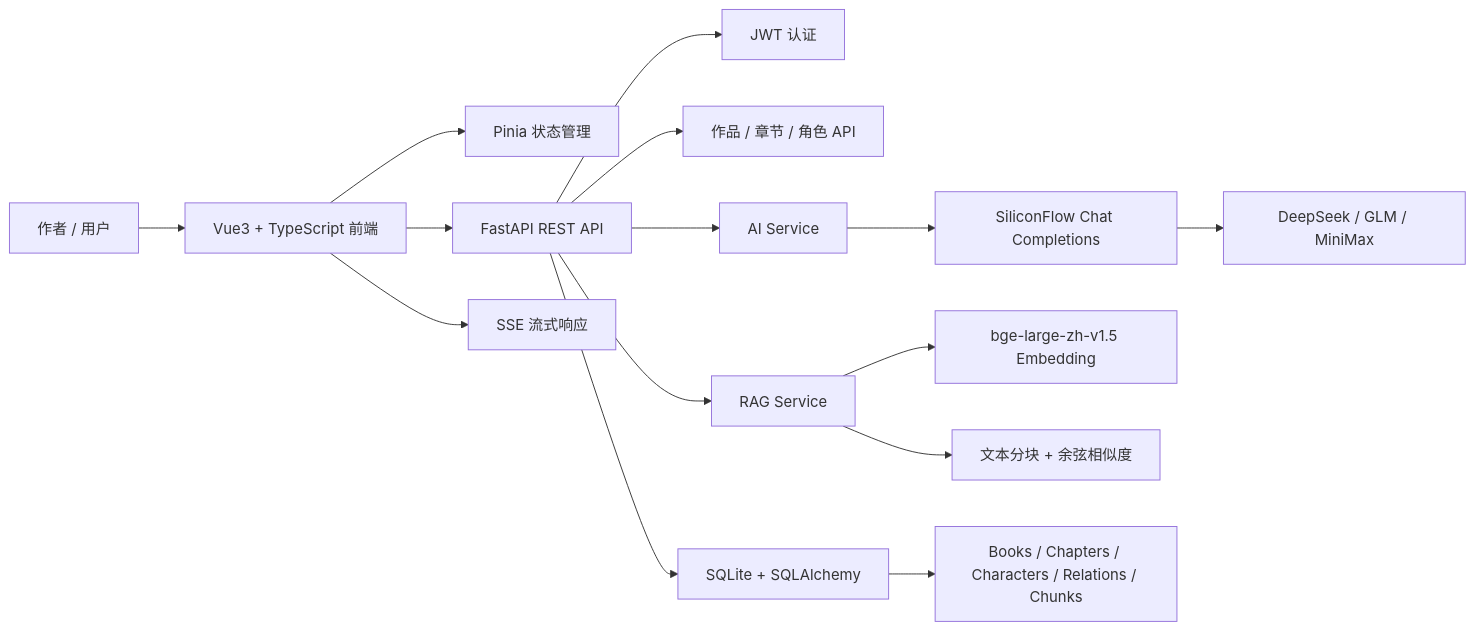
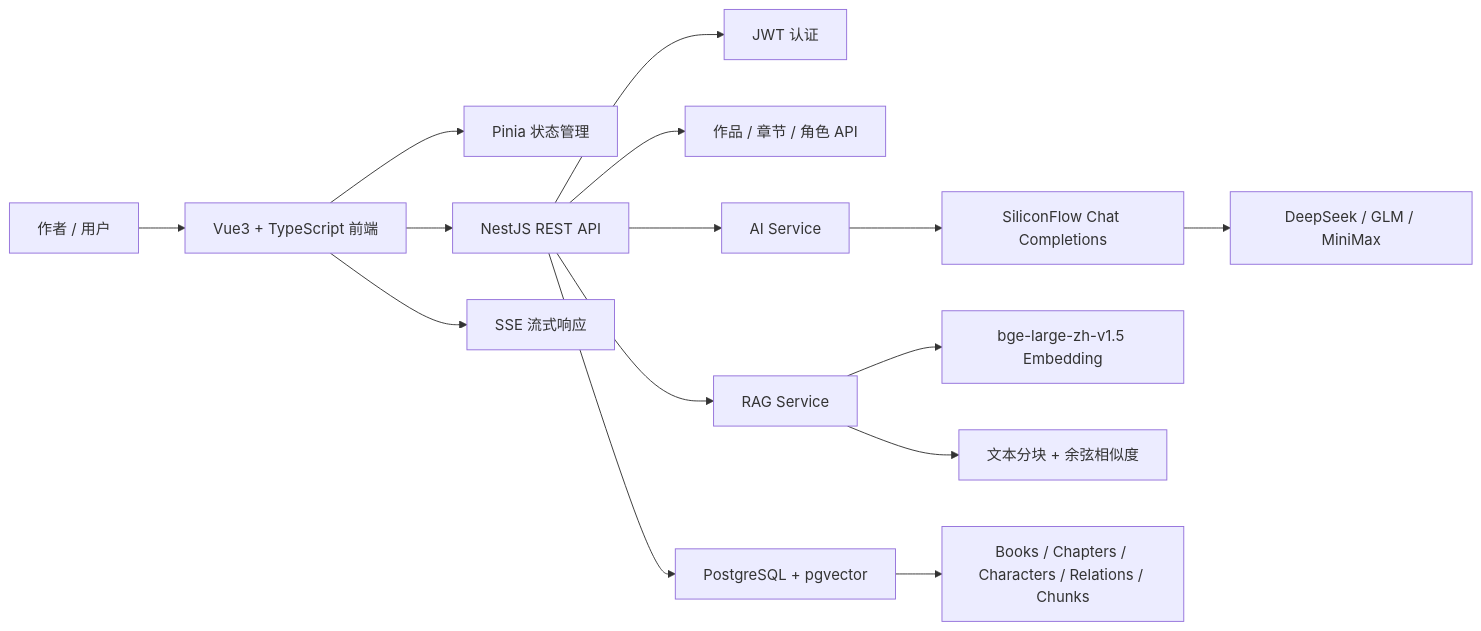
The first of 2 diagrams in README.md (tbyang28/ai-writing-assistant), drawn with Mermaid before and after one commit. The commit also changed other lines of this file and 5 other files, not shown here.

````diff
--- a/README.md
+++ b/README.md
@@ -50,19 +52,19 @@
 ```mermaid
 flowchart LR
   User["作者 / 用户"] --> Frontend["Vue3 + TypeScript 前端"]
   Frontend --> Store["Pinia 状态管理"]
-  Frontend --> API["FastAPI REST API"]
+  Frontend --> API["NestJS REST API"]
   Frontend --> Stream["SSE 流式响应"]
 
   API --> Auth["JWT 认证"]
   API --> Book["作品 / 章节 / 角色 API"]
   API --> AI["AI Service"]
   API --> RAG["RAG Service"]
-  API --> DB["SQLite + SQLAlchemy"]
+  API --> DB["PostgreSQL + pgvector"]
 
   AI --> LLM["SiliconFlow Chat Completions"]
   LLM --> Models["DeepSeek / GLM / MiniMax"]
   RAG --> Embed["bge-large-zh-v1.5 Embedding"]
   RAG --> Search["文本分块 + 余弦相似度"]
   DB --> Data["Books / Chapters / Characters / Relations / Chunks"]
 ```
````
